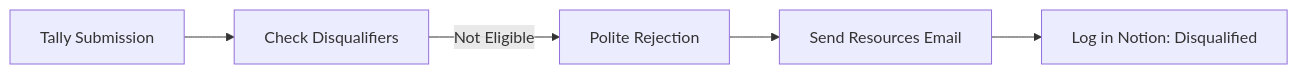
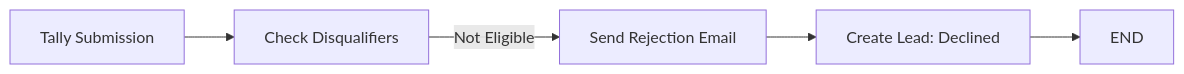
One commit to CrisisCore-Systems/node-null-control changed the second of 3 diagrams in products/collapse_ready_sprint/templates/eligibility_gate_spec.md. Above: the diagram before and after it, drawn with Mermaid. The commit also changed other lines of this file and 3 other files, not shown here.

Commit message:
Refine eligibility gate with production form copy and rejection email

````diff
--- a/products/collapse_ready_sprint/templates/eligibility_gate_spec.md
+++ b/products/collapse_ready_sprint/templates/eligibility_gate_spec.md
@@ -227,7 +213,7 @@
 ```mermaid
 flowchart LR
     Tally[Tally Submission] --> Check[Check Disqualifiers]
-    Check -->|Not Eligible| Reject[Polite Rejection]
-    Reject --> Resources[Send Resources Email]
-    Resources --> Track[Log in Notion: Disqualified]
+    Check -->|Not Eligible| Email[Send Rejection Email]
+    Email --> Notion[Create Lead: Declined]
+    Notion --> End[END]
 ```
````
